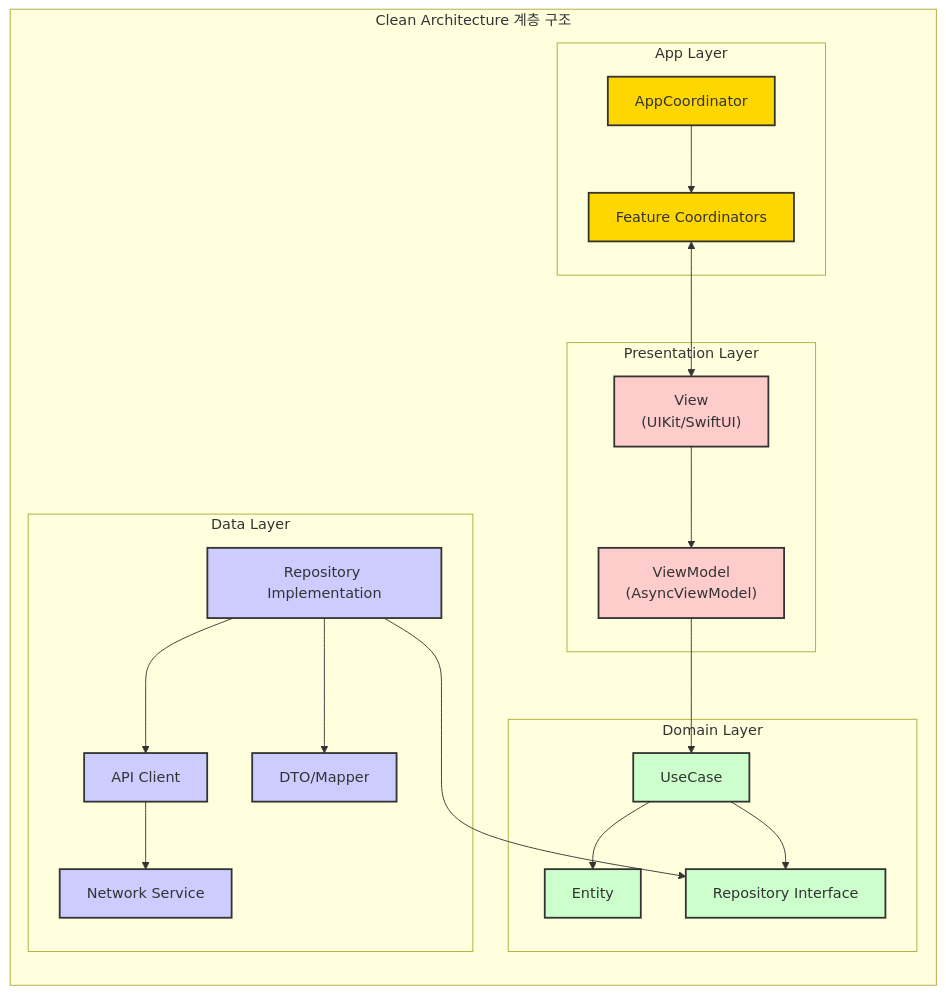
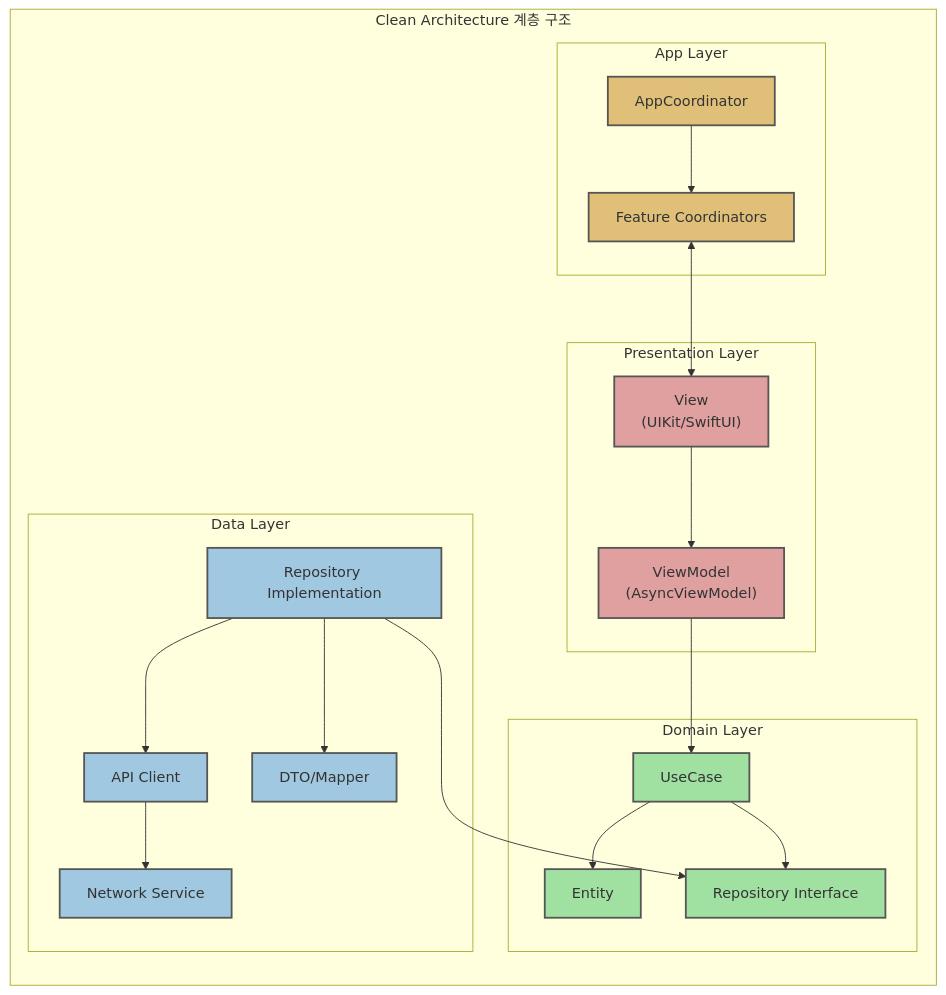
One commit to Jimmy-Jung/TossBankClone changed the second of 4 diagrams in README.md. Above: the diagram before and after it, drawn with Mermaid. The commit also changed other lines of this file, not shown here.

````diff
--- a/README.md
+++ b/README.md
@@ -74,53 +74,53 @@
 ```mermaid
 flowchart LR
     subgraph "Clean Architecture 계층 구조"
         subgraph App["App Layer"]
             A1["AppCoordinator"]
             A2["Feature Coordinators"]
             
             A1 --> A2
         end
         
         subgraph Presentation["Presentation Layer"]
             P1["View<br>(UIKit/SwiftUI)"]
             P2["ViewModel<br>(AsyncViewModel)"]
             
             P1 --> P2
         end
         
         subgraph Domain["Domain Layer"]
             D1["UseCase"]
             D2["Entity"]
             D3["Repository Interface"]
             
             D1 --> D2
             D1 --> D3
         end
         
         subgraph Data["Data Layer"]
             DA1["Repository Implementation"]
             DA2["API Client"]
             DA3["DTO/Mapper"]
             
             DA1 --> DA2
             DA1 --> DA3
             DA2 --> NS["Network Service"]
         end
         
         %% 핵심 의존성 관계만 표시
         A2 <--> P1
         P2 --> D1
         DA1 --> D3
     end
     
     %% 스타일링
-    classDef app fill:#ffd700,stroke:#333,stroke-width:2px
-    classDef presentation fill:#ffcccc,stroke:#333,stroke-width:2px
-    classDef domain fill:#ccffcc,stroke:#333,stroke-width:2px
-    classDef data fill:#ccccff,stroke:#333,stroke-width:2px
+    classDef app fill:#e0c078,stroke:#555,stroke-width:2px
+    classDef presentation fill:#e0a0a0,stroke:#555,stroke-width:2px
+    classDef domain fill:#a0e0a0,stroke:#555,stroke-width:2px
+    classDef data fill:#a0c8e0,stroke:#555,stroke-width:2px
     
     class A1,A2 app
     class P1,P2 presentation
     class D1,D2,D3 domain
     class DA1,DA2,DA3,NS data
 ```
````
